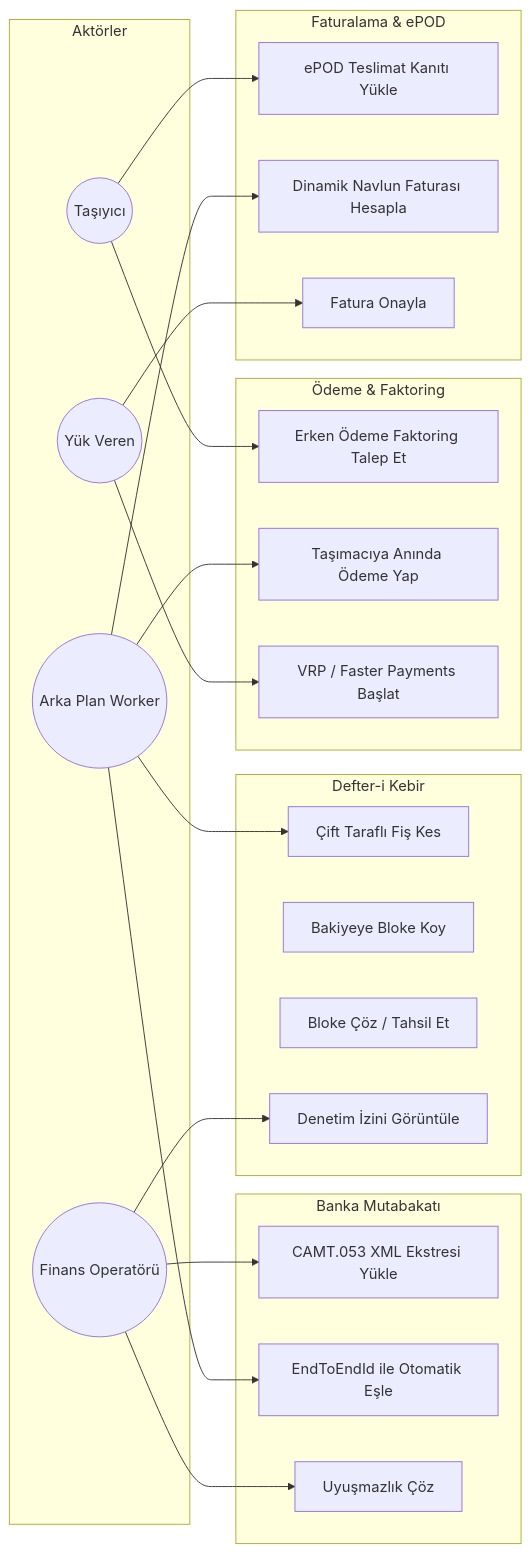
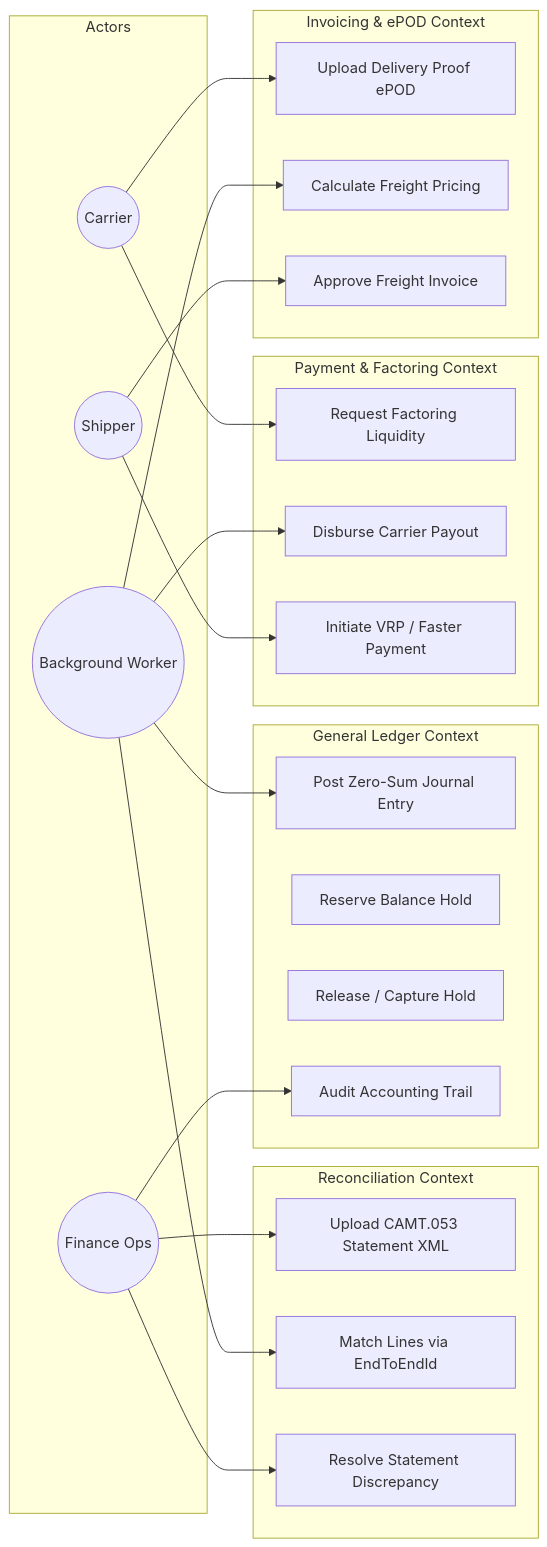
The diagram in docs/architecture/usecase-diagrams.md (netologist/smartpay-system), drawn with Mermaid before and after one commit. The commit also changed other lines of this file and 22 other files, not shown here.

Commit message:
docs: translate all architecture docs, ADRs, story cards, and README to English

````diff
--- a/docs/architecture/usecase-diagrams.md
+++ b/docs/architecture/usecase-diagrams.md
@@ -19,49 +19,49 @@
 ```mermaid
 graph LR
-    subgraph Actors[Aktörler]
-        Shipper((Yük Veren))
-        Carrier((Taşıyıcı))
-        FinOps((Finans Operatörü))
-        BankWorker((Arka Plan Worker))
+    subgraph Actors[Actors]
+        Shipper((Shipper))
+        Carrier((Carrier))
+        FinOps((Finance Ops))
+        BankWorker((Background Worker))
     end
 
-    subgraph InvoicingContext[Faturalama & ePOD]
-        UC_UploadEpod[ePOD Teslimat Kanıtı Yükle]
-        UC_CalculateInvoice[Dinamik Navlun Faturası Hesapla]
-        UC_ApproveInvoice[Fatura Onayla]
+    subgraph InvoicingContext[Invoicing & ePOD Context]
+        UC_UploadEpod[Upload Delivery Proof ePOD]
+        UC_CalculateInvoice[Calculate Freight Pricing]
+        UC_ApproveInvoice[Approve Freight Invoice]
     end
 
-    subgraph LedgerContext[Defter-i Kebir]
-        UC_DoubleEntry[Çift Taraflı Fiş Kes]
-        UC_HoldFunds[Bakiyeye Bloke Koy]
-        UC_ReleaseHold[Bloke Çöz / Tahsil Et]
-        UC_AuditLedger[Denetim İzini Görüntüle]
+    subgraph LedgerContext[General Ledger Context]
+        UC_DoubleEntry[Post Zero-Sum Journal Entry]
+        UC_HoldFunds[Reserve Balance Hold]
+        UC_ReleaseHold[Release / Capture Hold]
+        UC_AuditLedger[Audit Accounting Trail]
     end
 
-    subgraph PaymentContext[Ödeme & Faktoring]
-        UC_RequestFactoring[Erken Ödeme Faktoring Talep Et]
-        UC_ExecutePayout[Taşımacıya Anında Ödeme Yap]
-        UC_InitiateVrp[VRP / Faster Payments Başlat]
+    subgraph PaymentContext[Payment & Factoring Context]
+        UC_RequestFactoring[Request Factoring Liquidity]
+        UC_ExecutePayout[Disburse Carrier Payout]
+        UC_InitiateVrp[Initiate VRP / Faster Payment]
     end
 
-    subgraph ReconContext[Banka Mutabakatı]
-        UC_UploadCamt[CAMT.053 XML Ekstresi Yükle]
-        UC_AutoMatch[EndToEndId ile Otomatik Eşle]
-        UC_ResolveDiscrepancy[Uyuşmazlık Çöz]
+    subgraph ReconContext[Reconciliation Context]
+        UC_UploadCamt[Upload CAMT.053 Statement XML]
+        UC_AutoMatch[Match Lines via EndToEndId]
+        UC_ResolveDiscrepancy[Resolve Statement Discrepancy]
     end
 
     Carrier --> UC_UploadEpod
     Carrier --> UC_RequestFactoring
 
     Shipper --> UC_ApproveInvoice
     Shipper --> UC_InitiateVrp
 
     FinOps --> UC_AuditLedger
     FinOps --> UC_UploadCamt
     FinOps --> UC_ResolveDiscrepancy
 
     BankWorker --> UC_CalculateInvoice
     BankWorker --> UC_DoubleEntry
     BankWorker --> UC_ExecutePayout
     BankWorker --> UC_AutoMatch
 ```
````
